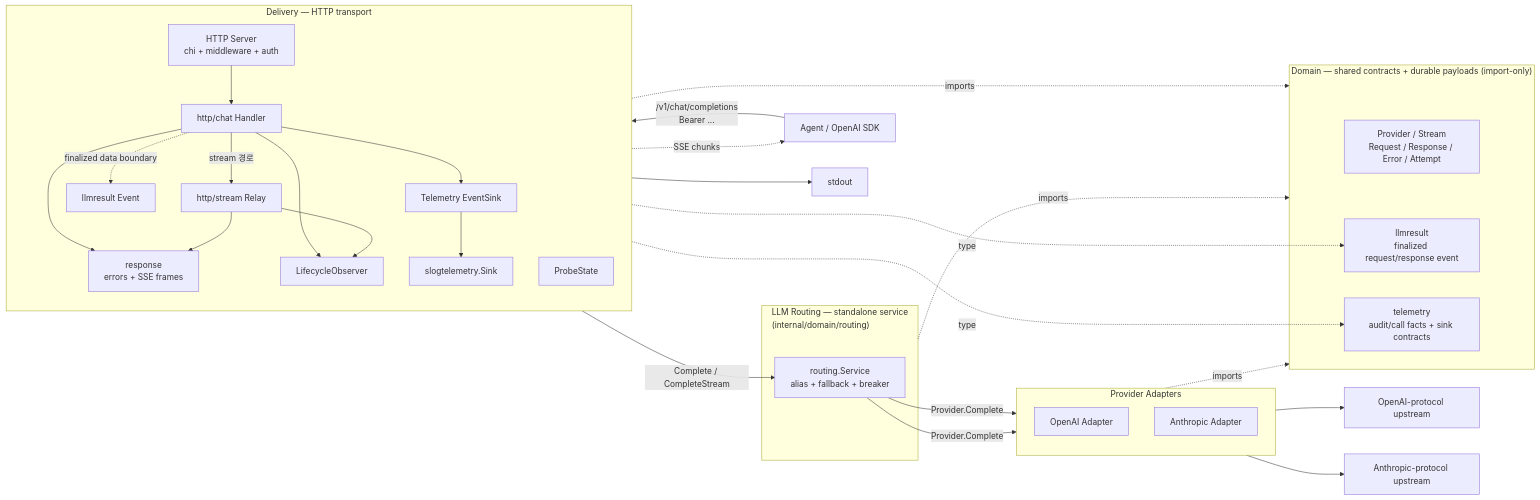
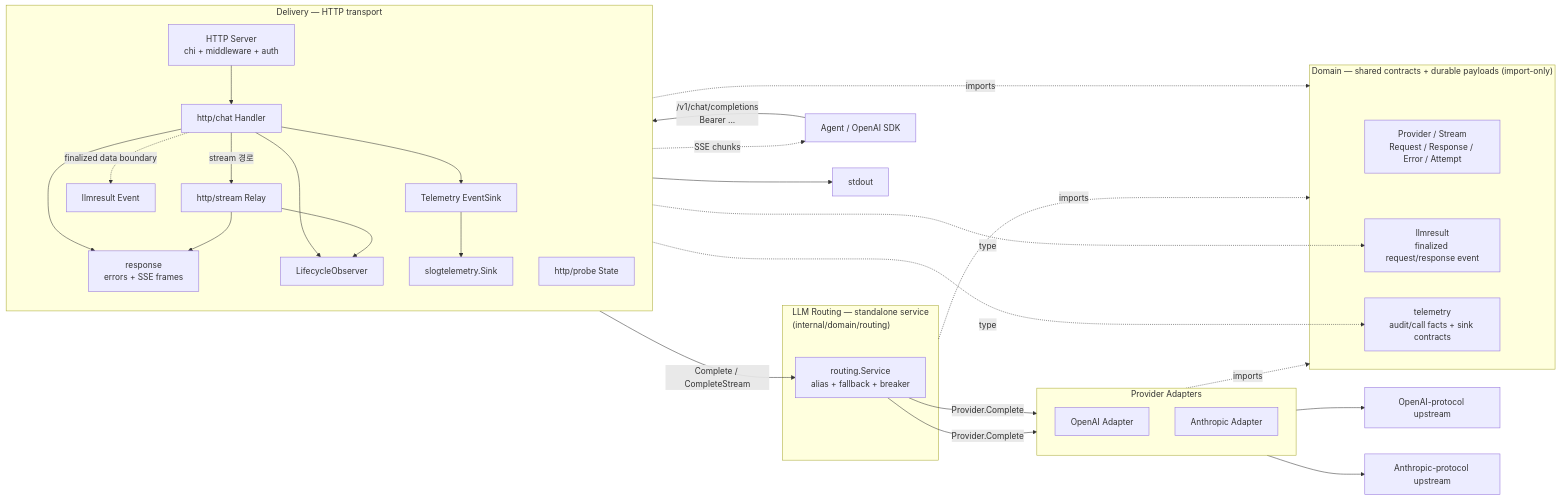
The diagram in docs/architecture.md (cagojeiger/llmgate), drawn with Mermaid before and after one commit. The commit also changed other lines of this file and 8 other files, not shown here.

First line of the commit message:
refactor(http): move probes under http probe

````diff
--- a/docs/architecture.md
+++ b/docs/architecture.md
@@ -30,61 +30,61 @@
 ```mermaid
 graph LR
     Agent[Agent / OpenAI SDK]
 
     subgraph Delivery[Delivery — HTTP transport]
         direction TB
         Server["HTTP Server<br/>chi + middleware + auth"]
         Handler["http/chat Handler"]
         StreamRelay["http/stream Relay"]
         Response["response<br/>errors + SSE frames"]
         ResultEvent["llmresult Event"]
-        Probe[ProbeState]
+        Probe["http/probe State"]
         Lifecycle[LifecycleObserver]
         Telemetry[Telemetry EventSink]
         SlogSink[slogtelemetry.Sink]
     end
 
     subgraph Routing["LLM Routing — standalone service<br/>(internal/domain/routing)"]
         Service["routing.Service<br/>alias + fallback + breaker"]
     end
 
     subgraph Providers[Provider Adapters]
         direction TB
         OAI[OpenAI Adapter]
         Anth[Anthropic Adapter]
     end
 
     subgraph Domain["Domain — shared contracts + durable payloads (import-only)"]
         Types["Provider / Stream<br/>Request / Response / Error / Attempt"]
         LLMResult["llmresult<br/>finalized request/response event"]
         TelemetryContract["telemetry<br/>audit/call facts + sink contracts"]
     end
 
     UpOAI[OpenAI-protocol upstream]
     UpAnth[Anthropic-protocol upstream]
     Stdout[stdout]
 
     Agent -->|"/v1/chat/completions<br/>Bearer ..."| Server
     Server --> Handler
     Handler -->|Complete / CompleteStream| Service
     Handler -->|stream 경로| StreamRelay
     Handler --> Response
     StreamRelay --> Response
     Handler -.finalized data boundary.-> ResultEvent
     ResultEvent -.type.-> LLMResult
     Service -->|Provider.Complete| OAI
     Service -->|Provider.Complete| Anth
     OAI --> UpOAI
     Anth --> UpAnth
     StreamRelay -.SSE chunks.-> Agent
     Handler --> Telemetry
     Handler --> Lifecycle
     StreamRelay --> Lifecycle
     Telemetry -.type.-> TelemetryContract
     Telemetry --> SlogSink
     SlogSink --> Stdout
 
     Delivery -.imports.-> Domain
     Routing -.imports.-> Domain
     Providers -.imports.-> Domain
 ```
````
